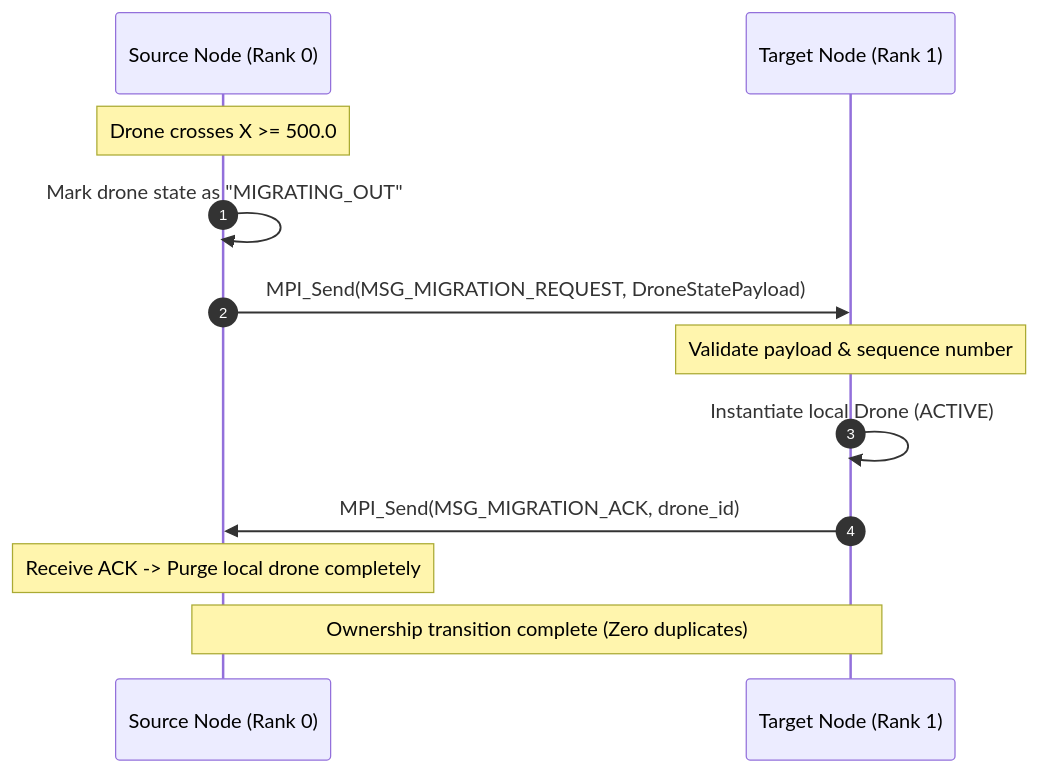
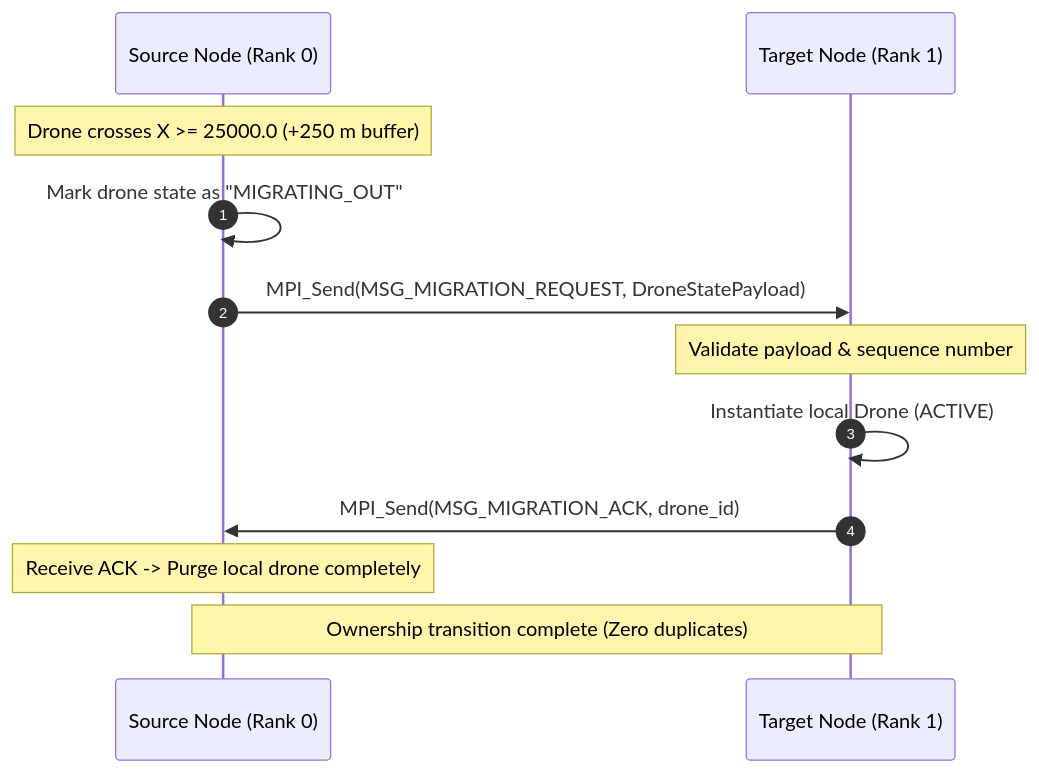
The diagram in ARCHITECTURE.md (abeke09340/parallel-distributed-drone-sim), drawn with Mermaid before and after one commit. The commit also changed other lines of this file and 1 other file, not shown here.

````diff
--- a/ARCHITECTURE.md
+++ b/ARCHITECTURE.md
@@ -83,15 +85,15 @@
 ```mermaid
 sequenceDiagram
     autonumber
     participant NodeA as Source Node (Rank 0)
     participant NodeB as Target Node (Rank 1)
 
-    Note over NodeA: Drone crosses X >= 500.0
+    Note over NodeA: Drone crosses X >= 25000.0 (+250 m buffer)
     NodeA->>NodeA: Mark drone state as "MIGRATING_OUT"
     NodeA->>NodeB: MPI_Send(MSG_MIGRATION_REQUEST, DroneStatePayload)
     Note over NodeB: Validate payload & sequence number
     NodeB->>NodeB: Instantiate local Drone (ACTIVE)
     NodeB->>NodeA: MPI_Send(MSG_MIGRATION_ACK, drone_id)
     Note over NodeA: Receive ACK -> Purge local drone completely
     Note over NodeA, NodeB: Ownership transition complete (Zero duplicates)
 ```
````
